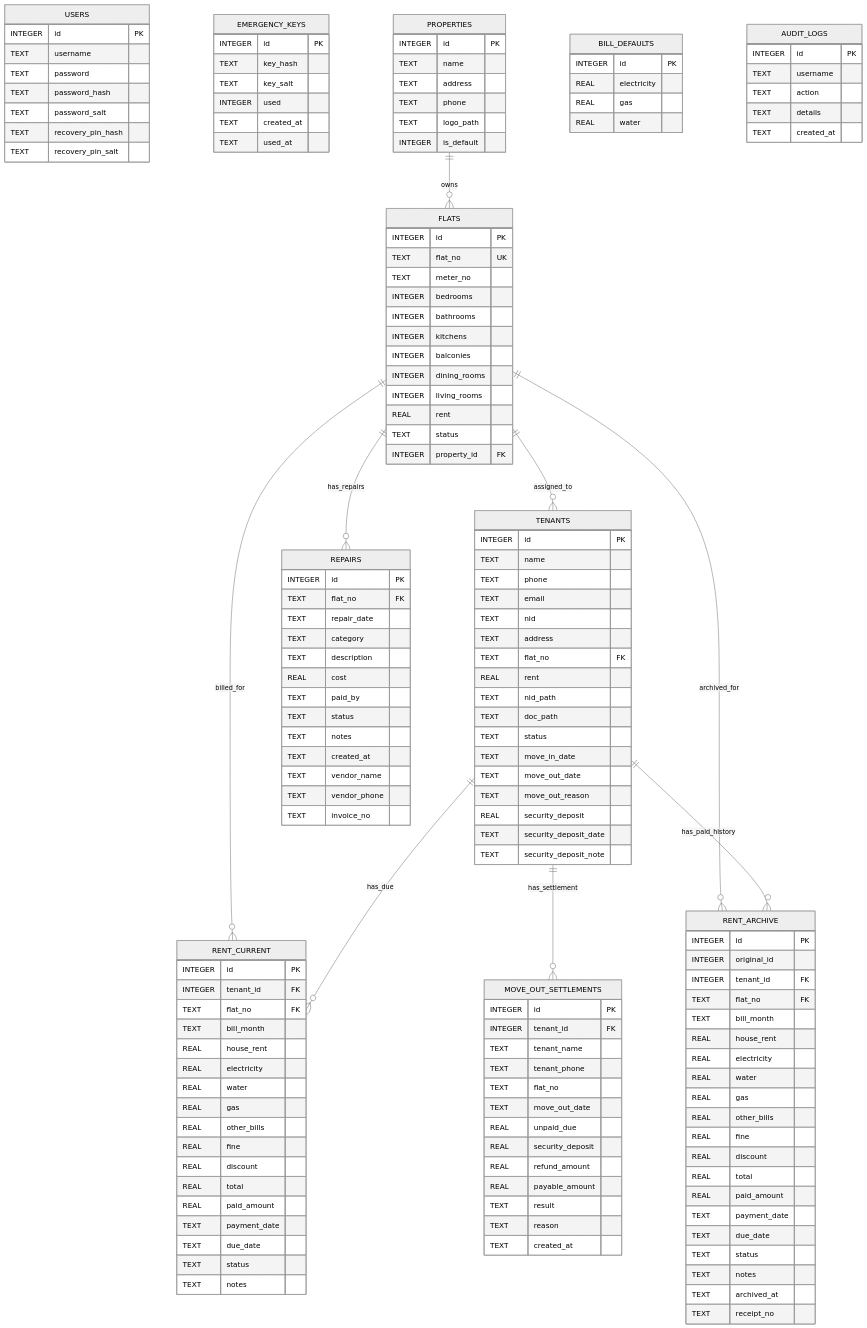
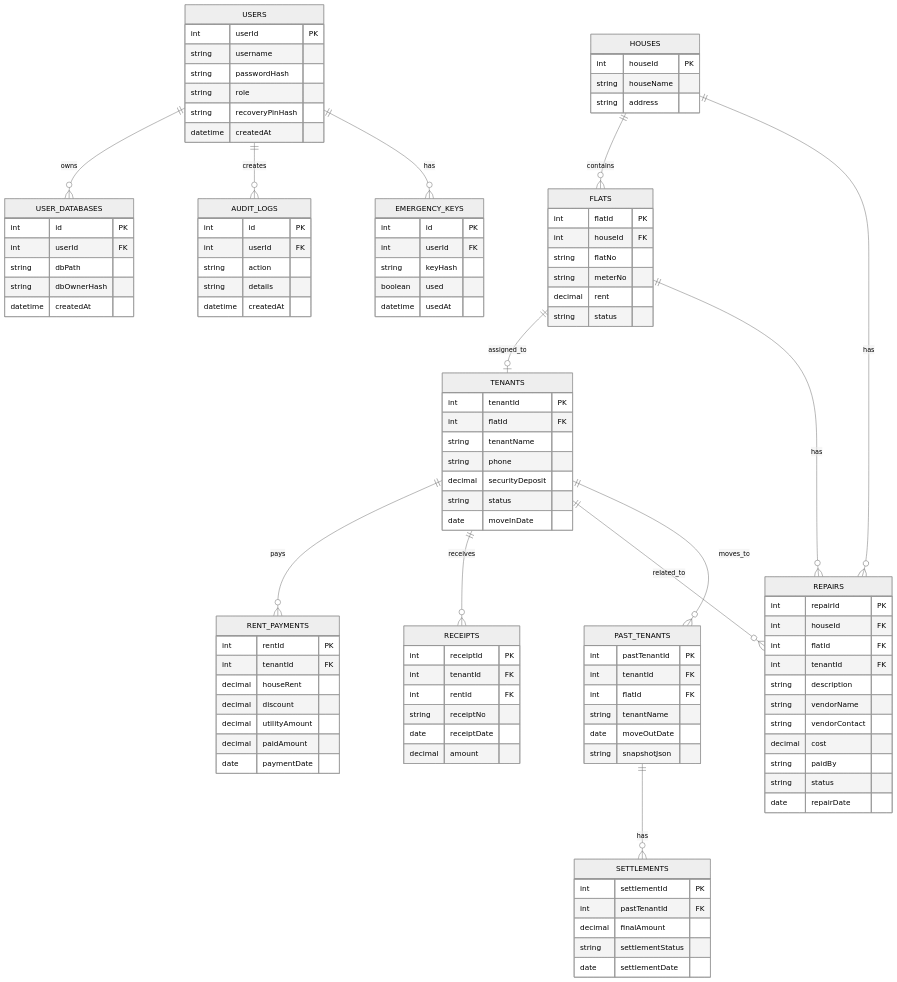
The first of 2 diagrams in README.md (dibya888/HouseRentManagement), drawn with Mermaid (neutral theme) before and after one commit. The commit also changed other lines of this file and 2 other files, not shown here.

Commit message:
Finalize v2 release notes and packaging configuration

````diff
--- a/README.md
+++ b/README.md
@@ -403,164 +753,126 @@
 ```mermaid
 erDiagram
+    USERS ||--o{ USER_DATABASES : owns
+    USERS ||--o{ AUDIT_LOGS : creates
+    USERS ||--o{ EMERGENCY_KEYS : has
+
+    HOUSES ||--o{ FLATS : contains
+    FLATS ||--o| TENANTS : assigned_to
+    TENANTS ||--o{ RENT_PAYMENTS : pays
+    TENANTS ||--o{ RECEIPTS : receives
+    TENANTS ||--o{ REPAIRS : related_to
+    TENANTS ||--o{ PAST_TENANTS : moves_to
+
+    FLATS ||--o{ REPAIRS : has
+    HOUSES ||--o{ REPAIRS : has
+
+    PAST_TENANTS ||--o{ SETTLEMENTS : has
+
     USERS {
-        INTEGER id PK
-        TEXT username
-        TEXT password
-        TEXT password_hash
-        TEXT password_salt
-        TEXT recovery_pin_hash
-        TEXT recovery_pin_salt
+        int userId PK
+        string username
+        string passwordHash
+        string role
+        string recoveryPinHash
+        datetime createdAt
+    }
+
+    USER_DATABASES {
+        int id PK
+        int userId FK
+        string dbPath
+        string dbOwnerHash
+        datetime createdAt
     }
 
     EMERGENCY_KEYS {
-        INTEGER id PK
-        TEXT key_hash
-        TEXT key_salt
-        INTEGER used
-        TEXT created_at
-        TEXT used_at
+        int id PK
+        int userId FK
+        string keyHash
+        boolean used
+        datetime usedAt
     }
 
-    PROPERTIES {
-        INTEGER id PK
-        TEXT name
-        TEXT address
-        TEXT phone
-        TEXT logo_path
-        INTEGER is_default
+    AUDIT_LOGS {
+        int id PK
+        int userId FK
+        string action
+        string details
+        datetime createdAt
+    }
+
+    HOUSES {
+        int houseId PK
+        string houseName
+        string address
     }
 
     FLATS {
-        INTEGER id PK
-        TEXT flat_no UK
-        TEXT meter_no
-        INTEGER bedrooms
-        INTEGER bathrooms
-        INTEGER kitchens
-        INTEGER balconies
-        INTEGER dining_rooms
-        INTEGER living_rooms
-        REAL rent
-        TEXT status
-        INTEGER property_id FK
+        int flatId PK
+        int houseId FK
+        string flatNo
+        string meterNo
+        decimal rent
+        string status
     }
 
     TENANTS {
-        INTEGER id PK
-        TEXT name
-        TEXT phone
-        TEXT email
-        TEXT nid
-        TEXT address
-        TEXT flat_no FK
-        REAL rent
-        TEXT nid_path
-        TEXT doc_path
-        TEXT status
-        TEXT move_in_date
-        TEXT move_out_date
-        TEXT move_out_reason
-        REAL security_deposit
-        TEXT security_deposit_date
-        TEXT security_deposit_note
+        int tenantId PK
+        int flatId FK
+        string tenantName
+        string phone
+        decimal securityDeposit
+        string status
+        date moveInDate
     }
 
-    BILL_DEFAULTS {
-        INTEGER id PK
-        REAL electricity
-        REAL gas
-        REAL water
+    RENT_PAYMENTS {
+        int rentId PK
+        int tenantId FK
+        decimal houseRent
+        decimal discount
+        decimal utilityAmount
+        decimal paidAmount
+        date paymentDate
     }
 
-    RENT_CURRENT {
-        INTEGER id PK
-        INTEGER tenant_id FK
-        TEXT flat_no FK
-        TEXT bill_month
-        REAL house_rent
-        REAL electricity
-        REAL water
-        REAL gas
-        REAL other_bills
-        REAL fine
-        REAL discount
-        REAL total
-        REAL paid_amount
-        TEXT payment_date
-        TEXT due_date
-        TEXT status
-        TEXT notes
-    }
-
-    RENT_ARCHIVE {
-        INTEGER id PK
-        INTEGER original_id
-        INTEGER tenant_id FK
-        TEXT flat_no FK
-        TEXT bill_month
-        REAL house_rent
-        REAL electricity
-        REAL water
-        REAL gas
-        REAL other_bills
-        REAL fine
-        REAL discount
-        REAL total
-        REAL paid_amount
-        TEXT payment_date
-        TEXT due_date
-        TEXT status
-        TEXT notes
-        TEXT archived_at
-        TEXT receipt_no
+    RECEIPTS {
+        int receiptId PK
+        int tenantId FK
+        int rentId FK
+        string receiptNo
+        date receiptDate
+        decimal amount
     }
 
     REPAIRS {
-        INTEGER id PK
-        TEXT flat_no FK
-        TEXT repair_date
-        TEXT category
-        TEXT description
-        REAL cost
-        TEXT paid_by
-        TEXT status
-        TEXT notes
-        TEXT created_at
-        TEXT vendor_name
-        TEXT vendor_phone
-        TEXT invoice_no
+        int repairId PK
+        int houseId FK
+        int flatId FK
+        int tenantId FK
+        string description
+        string vendorName
+        string vendorContact
+        decimal cost
+        string paidBy
+        string status
+        date repairDate
     }
 
-    AUDIT_LOGS {
-        INTEGER id PK
-        TEXT username
-        TEXT action
-        TEXT details
-        TEXT created_at
+    PAST_TENANTS {
+        int pastTenantId PK
+        int tenantId FK
+        int flatId FK
+        string tenantName
+        date moveOutDate
+        string snapshotJson
     }
 
-    MOVE_OUT_SETTLEMENTS {
-        INTEGER id PK
-        INTEGER tenant_id FK
-        TEXT tenant_name
-        TEXT tenant_phone
-        TEXT flat_no
-        TEXT move_out_date
-        REAL unpaid_due
-        REAL security_deposit
-        REAL refund_amount
-        REAL payable_amount
-        TEXT result
-        TEXT reason
-        TEXT created_at
+    SETTLEMENTS {
+        int settlementId PK
+        int pastTenantId FK
+        decimal finalAmount
+        string settlementStatus
+        date settlementDate
     }
-
-    PROPERTIES ||--o{ FLATS : owns
-    FLATS ||--o{ TENANTS : assigned_to
-    TENANTS ||--o{ RENT_CURRENT : has_due
-    TENANTS ||--o{ RENT_ARCHIVE : has_paid_history
-    FLATS ||--o{ RENT_CURRENT : billed_for
-    FLATS ||--o{ RENT_ARCHIVE : archived_for
-    FLATS ||--o{ REPAIRS : has_repairs
-    TENANTS ||--o{ MOVE_OUT_SETTLEMENTS : has_settlement
 ```
````
